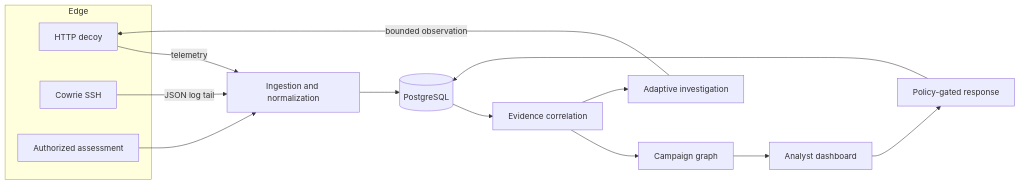
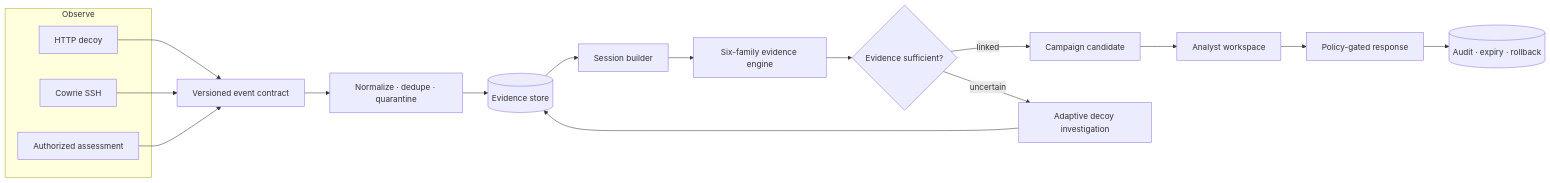
The diagram in README.md (heyytrayamm/ThreatPolish), drawn with Mermaid before and after one commit. The commit also changed other lines of this file and 53 other files, not shown here.

Commit message:
Enforce bounded, strictly-serialisable input across ingestion, authentication, assessment redirects and the decoy, with an adversarial test suite covering each boundary. Refresh the release documentation and assets to describe the verified behaviour.

````diff
--- a/README.md
+++ b/README.md
@@ -59,19 +55,22 @@
 ```mermaid
 flowchart LR
-  subgraph Edge
+  subgraph Observe
     H[HTTP decoy]
     C[Cowrie SSH]
     W[Authorized assessment]
   end
-  H -->|telemetry| I[Ingestion and normalization]
-  C -->|JSON log tail| I
-  W --> I
-  I --> DB[(PostgreSQL)]
-  DB --> K[Evidence correlation]
-  K --> G[Campaign graph]
-  K --> A[Adaptive investigation]
-  A -->|bounded observation| H
-  G --> D[Analyst dashboard]
+  H --> B[Versioned event contract]
+  C --> B
+  W --> B
+  B --> N[Normalize · dedupe · quarantine]
+  N --> DB[(Evidence store)]
+  DB --> S[Session builder]
+  S --> E[Six-family evidence engine]
+  E --> Q{Evidence sufficient?}
+  Q -- linked --> G[Campaign candidate]
+  Q -- uncertain --> A[Adaptive decoy investigation]
+  A --> DB
+  G --> D[Analyst workspace]
   D --> R[Policy-gated response]
-  R --> DB
+  R --> L[(Audit · expiry · rollback)]
 ```
````
